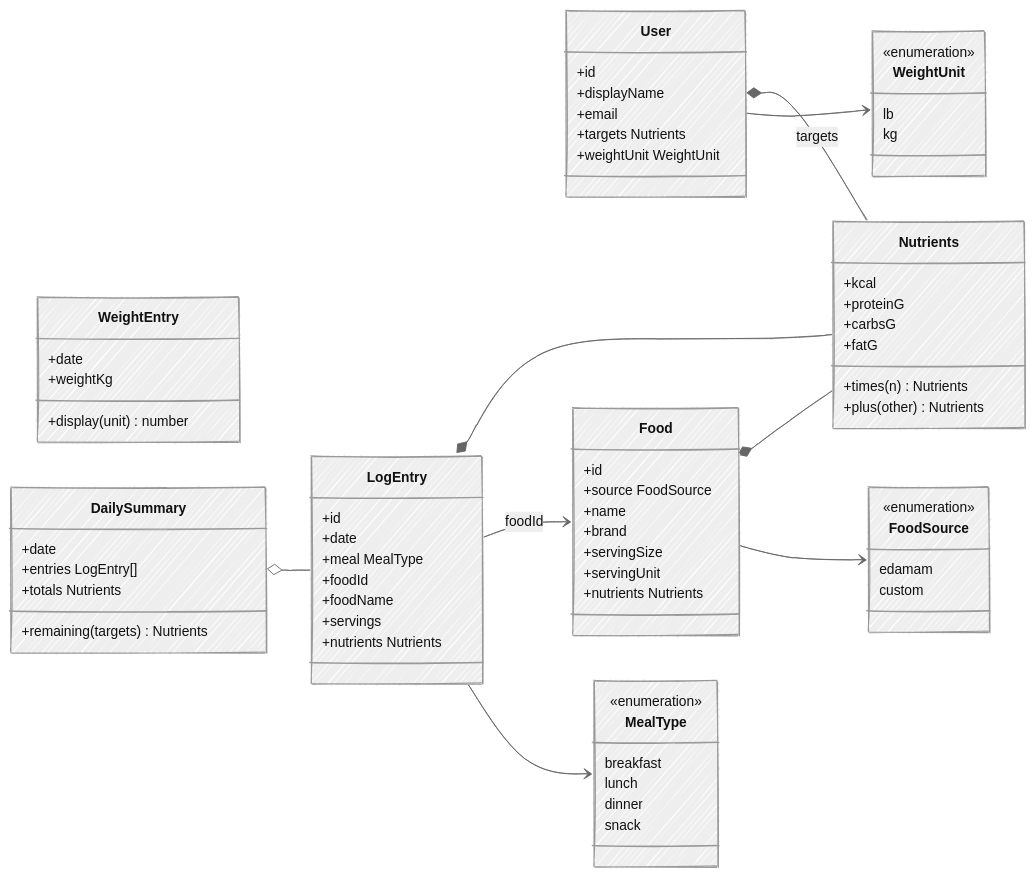
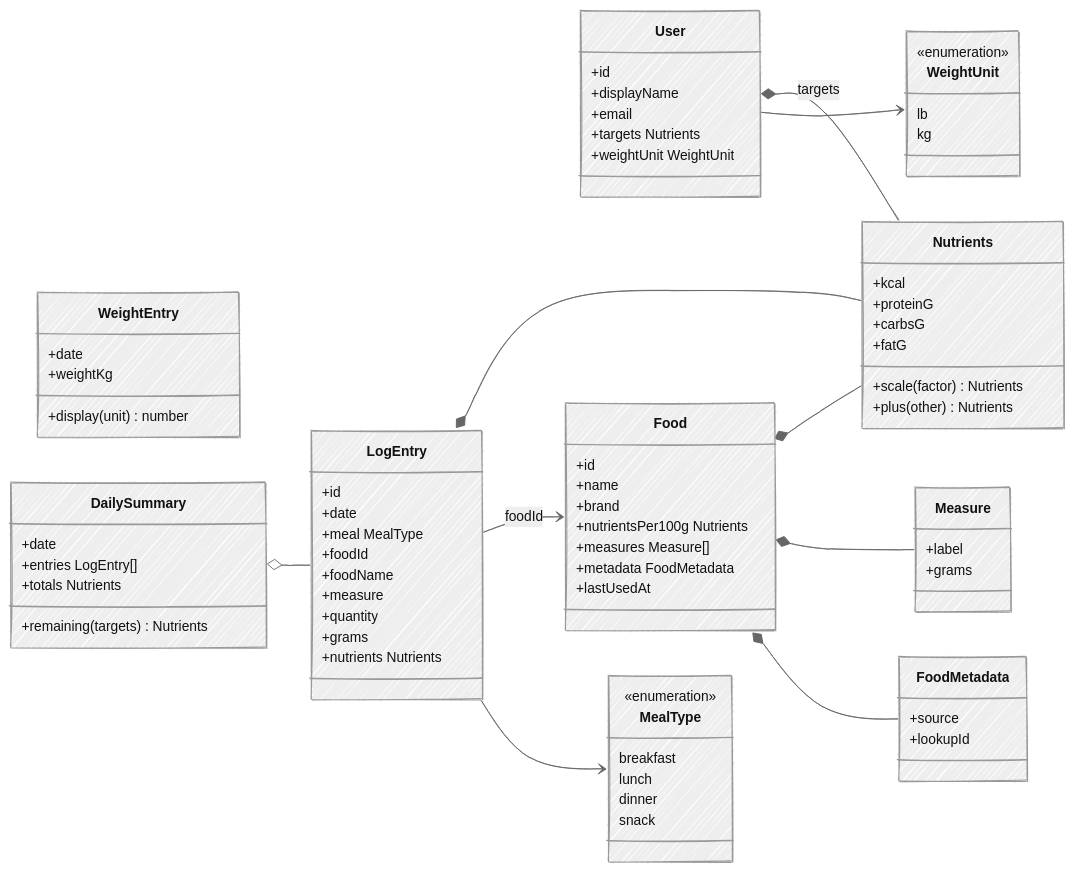
Before and after one commit to ai-rayven/wellness-ai: the third of 4 diagrams in docs/mvp.md, drawn with Mermaid. The commit also changed other lines of this file, not shown here.

First line of the commit message:
Simplify data model: drop custom foods, add food metadata

````diff
--- a/docs/mvp.md
+++ b/docs/mvp.md
@@ -152,12 +153,20 @@
     }
     class Food {
         +id
-        +source FoodSource
         +name
         +brand
-        +servingSize
-        +servingUnit
-        +nutrients Nutrients
+        +nutrientsPer100g Nutrients
+        +measures Measure[]
+        +metadata FoodMetadata
+        +lastUsedAt
+    }
+    class Measure {
+        +label
+        +grams
+    }
+    class FoodMetadata {
+        +source
+        +lookupId
     }
     class LogEntry {
         +id
@@ -165,7 +174,9 @@
         +meal MealType
         +foodId
         +foodName
-        +servings
+        +measure
+        +quantity
+        +grams
         +nutrients Nutrients
     }
     class WeightEntry {
@@ -184,7 +195,7 @@
         +proteinG
         +carbsG
         +fatG
-        +times(n) Nutrients
+        +scale(factor) Nutrients
         +plus(other) Nutrients
     }
     class MealType {
@@ -193,11 +204,6 @@
         lunch
         dinner
         snack
-    }
-    class FoodSource {
-        <<enumeration>>
-        edamam
-        custom
     }
     class WeightUnit {
         <<enumeration>>
@@ -210,7 +216,8 @@
     LogEntry *-- Nutrients
     LogEntry --> Food : foodId
     LogEntry --> MealType
-    Food --> FoodSource
+    Food *-- Measure
+    Food *-- FoodMetadata
     User --> WeightUnit
     DailySummary o-- LogEntry
 ```
````
